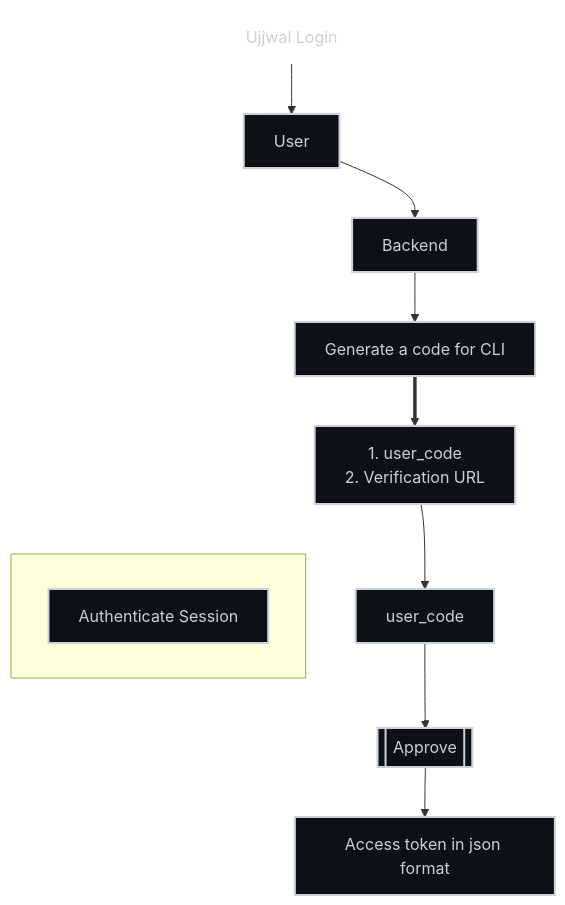
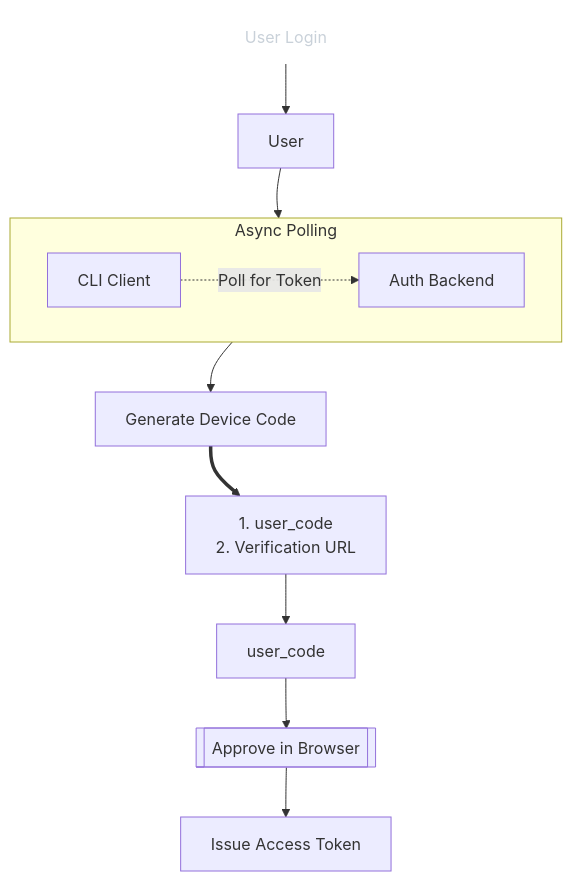
Before and after one commit to Ujjwal5705/Orbyt-CLI: the third of 3 diagrams in README.md, drawn with Mermaid. The commit also changed other lines of this file, not shown here.

First line of the commit message:
Revise README with improved architecture details

````diff
--- a/README.md
+++ b/README.md
@@ -83,31 +95,22 @@
 ```mermaid
 graph TD
-    %% Styling to match the dark theme
-    classDef default fill:#0d1117,stroke:#c9d1d9,stroke-width:2px,color:#c9d1d9;
     classDef textOnly fill:none,stroke:none,color:#c9d1d9;
 
-    %% Nodes
-    Start(Ujjwal Login):::textOnly --> User[User]
-    User --> Backend[Backend]
-    Backend --> GenCode[Generate a code for CLI]
+    Start(User Login):::textOnly --> User[User]
+    User --> Backend[Auth Backend]
+    Backend --> GenCode[Generate Device Code]
 
-    %% Thick arrow connection
     GenCode ==> Info["1. user_code<br/>2. Verification URL"]
-
     Info --> InputBox[user_code]
 
-    %% The "Approve" box has double lines in diagram
-    InputBox --> Approve[[Approve]]
+    InputBox --> Approve[[Approve in Browser]]
+    Approve --> Token[Issue Access Token]
 
-    Approve --> Token[Access token in json format]
-
-    %% The center box
-    subgraph " "
+    subgraph "Async Polling"
         direction LR
-        Auth[Authenticate Session]
+        CLI[CLI Client] -.->|Poll for Token| Backend
     end
 
-    %% Positioning tweaks
-    User ~~~ Auth
-    Info ~~~ Auth
+    User ~~~ CLI
+    Info ~~~ CLI
 ```
````
